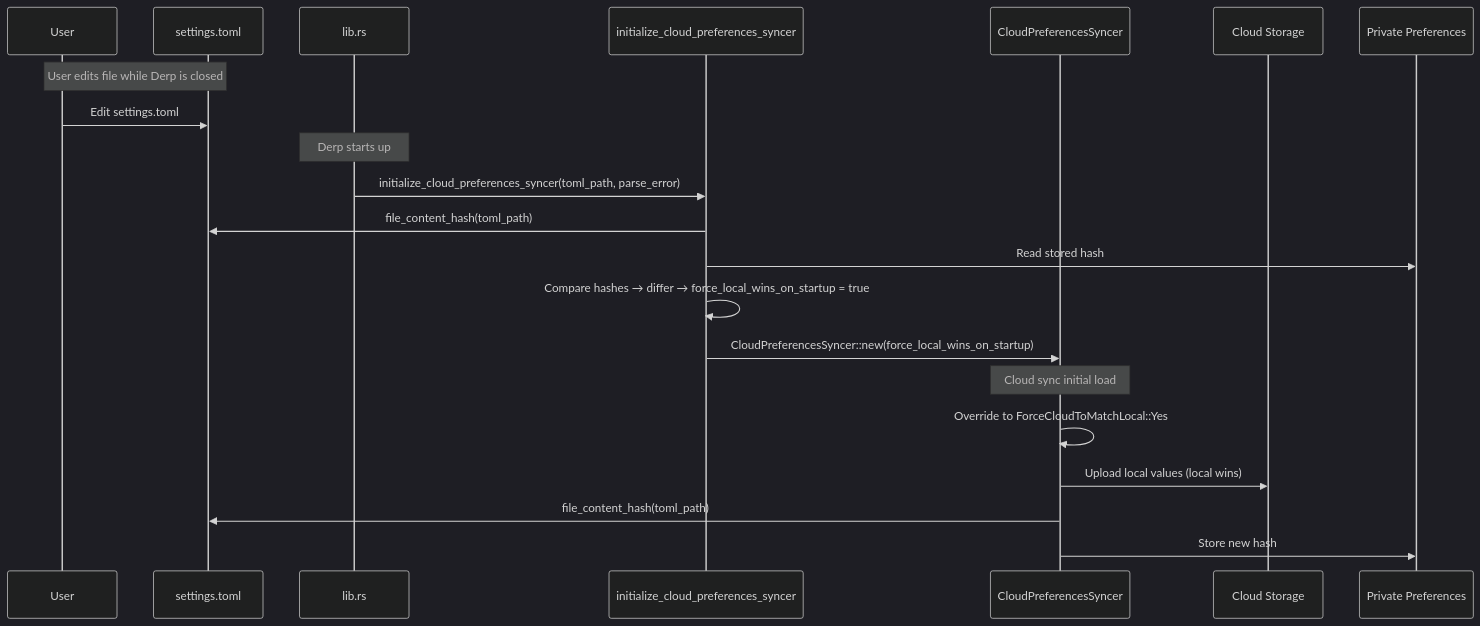
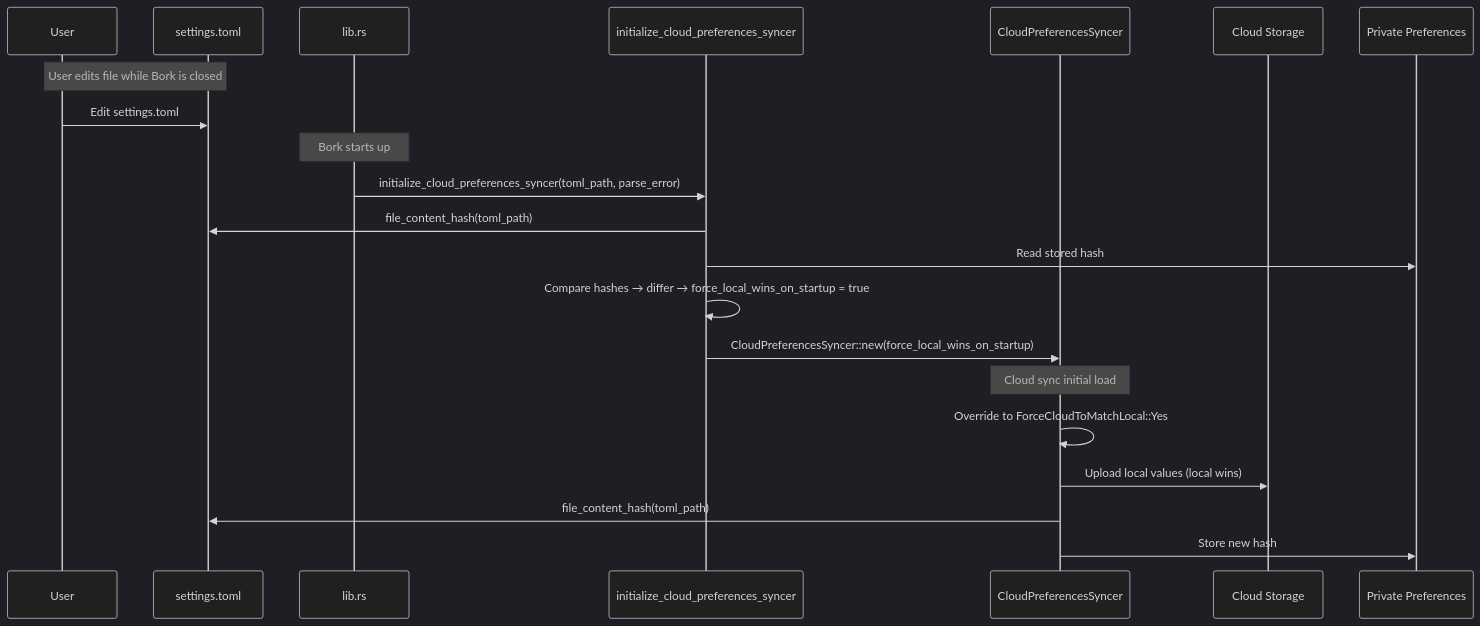
One commit to antikrust/krust-terminal changed the diagram in specs/danielpeng/QUALITY-474/TECH.md. Above: the diagram before and after it, drawn with Mermaid (dark theme). The commit also changed other lines of this file and 4477 other files, not shown here.

First line of the commit message:
Rebrand Derp -> Bork

````diff
--- a/specs/danielpeng/QUALITY-474/TECH.md
+++ b/specs/danielpeng/QUALITY-474/TECH.md
@@ -226,26 +226,26 @@
 ```mermaid
 sequenceDiagram
     participant User
     participant File as settings.toml
     participant LibRs as lib.rs
     participant Init as initialize_cloud_preferences_syncer
     participant Syncer as CloudPreferencesSyncer
     participant Cloud as Cloud Storage
     participant PrivPrefs as Private Preferences
 
-    Note over User,File: User edits file while Derp is closed
+    Note over User,File: User edits file while Bork is closed
 
     User->>File: Edit settings.toml
 
-    Note over LibRs: Derp starts up
+    Note over LibRs: Bork starts up
     LibRs->>Init: initialize_cloud_preferences_syncer(toml_path, parse_error)
     Init->>File: file_content_hash(toml_path)
     Init->>PrivPrefs: Read stored hash
     Init->>Init: Compare hashes → differ → force_local_wins_on_startup = true
     Init->>Syncer: CloudPreferencesSyncer::new(force_local_wins_on_startup)
     Note over Syncer: Cloud sync initial load
     Syncer->>Syncer: Override to ForceCloudToMatchLocal::Yes
     Syncer->>Cloud: Upload local values (local wins)
     Syncer->>File: file_content_hash(toml_path)
     Syncer->>PrivPrefs: Store new hash
 ```
````
